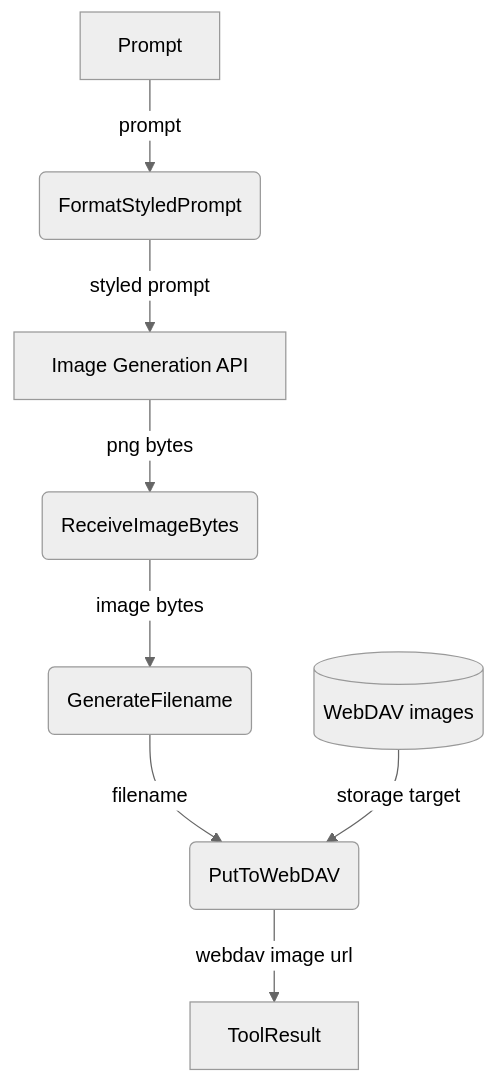
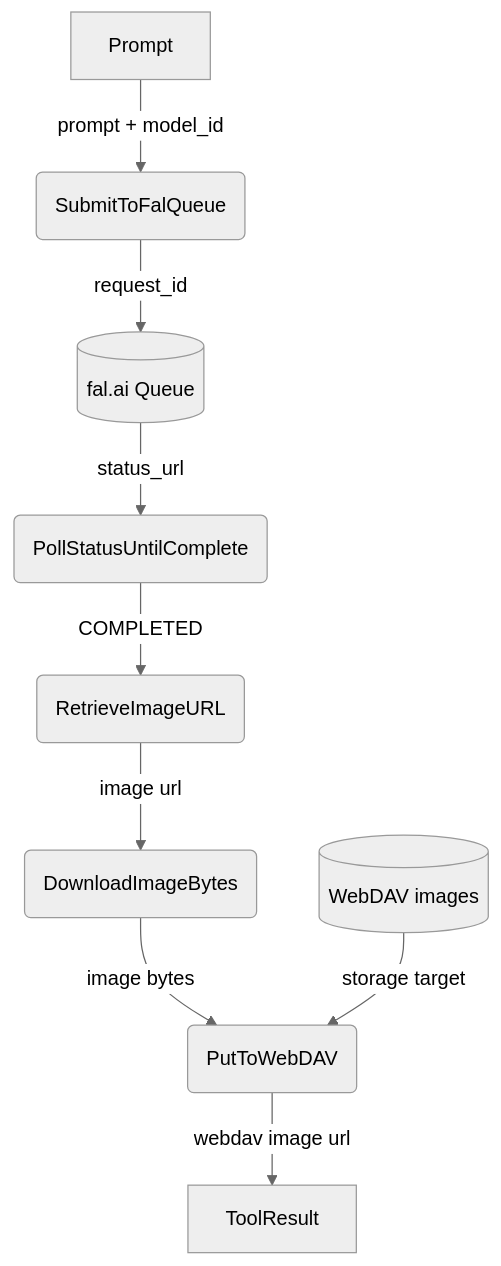
The fifth of 6 diagrams in _dfds/agent-harness.md (cosmoswafer/rockbot), drawn with Mermaid (neutral theme) before and after one commit. The commit also changed other lines of this file and 18 other files, not shown here.

First line of the commit message:
feat: switch to fal.ai for image gen, fix Exa search API, add reconnect/backoff, AI archive summarization, remove dead code (DdpEvent, find_tool, draw_path), add ArchiveEntry struct, align DFDs

````diff
--- a/_dfds/agent-harness.md
+++ b/_dfds/agent-harness.md
@@ -145,19 +147,21 @@
 ```mermaid
 flowchart TD
     PROMPT[Prompt]
-    FORMAT(FormatStyledPrompt)
-    API[Image Generation API]
-    BYTES(ReceiveImageBytes)
-    NAME(GenerateFilename)
+    SUBMIT(SubmitToFalQueue)
+    QUEUE[(fal.ai Queue)]
+    POLL(PollStatusUntilComplete)
+    GET(RetrieveImageURL)
+    DOWNLOAD(DownloadImageBytes)
     PUT(PutToWebDAV)
     DAV[(WebDAV images)]
     RESULT[ToolResult]
 
-    PROMPT -->|"prompt"| FORMAT
-    FORMAT -->|"styled prompt"| API
-    API -->|"png bytes"| BYTES
-    BYTES -->|"image bytes"| NAME
-    NAME -->|"filename"| PUT
+    PROMPT -->|"prompt + model_id"| SUBMIT
+    SUBMIT -->|"request_id"| QUEUE
+    QUEUE -->|"status_url"| POLL
+    POLL -->|"COMPLETED"| GET
+    GET -->|"image url"| DOWNLOAD
+    DOWNLOAD -->|"image bytes"| PUT
     DAV -->|"storage target"| PUT
     PUT -->|"webdav image url"| RESULT
 ```
````
